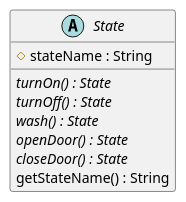
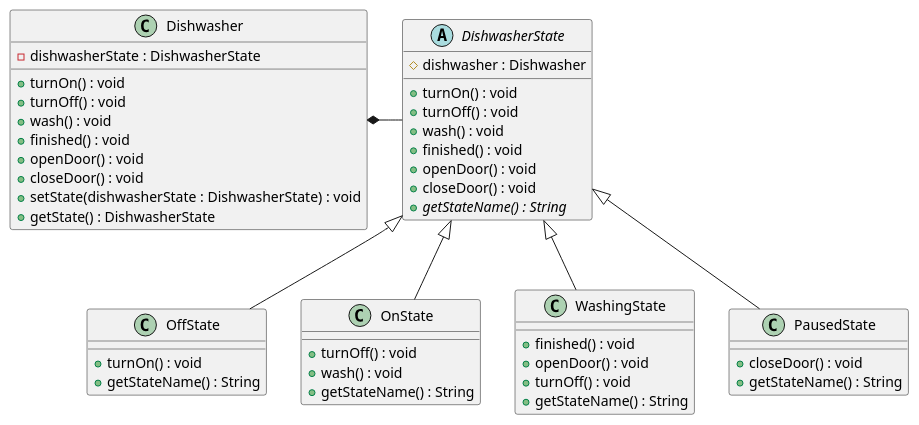
The second of 2 diagrams in doc/plantuml/state.puml (familyboateaf4v/doubleSlashde9), drawn with PlantUML before and after one commit. The commit also changed other lines of this file and 7 other files, not shown here.

Commit message:
Added/updated code skeleton, JUnit test and UML diagrams for State design pattern.

```diff
--- a/doc/plantuml/state.puml
+++ b/doc/plantuml/state.puml
@@ -13,13 +15,53 @@
 @startuml
 
-abstract class State {
-    #stateName : String
-    {abstract} turnOn() : State
-    {abstract} turnOff() : State
-    {abstract} wash() : State
-    {abstract} openDoor() : State
-    {abstract} closeDoor() : State
-    getStateName() : String
+class Dishwasher {
+    -dishwasherState : DishwasherState
+    +turnOn() : void
+    +turnOff() : void
+    +wash() : void
+    +finished() : void
+    +openDoor() : void
+    +closeDoor() : void
+    +setState(dishwasherState : DishwasherState) : void
+    +getState() : DishwasherState
 }
 
+abstract class DishwasherState {
+    #dishwasher : Dishwasher
+    +turnOn() : void
+    +turnOff() : void
+    +wash() : void
+    +finished() : void
+    +openDoor() : void
+    +closeDoor() : void
+    {abstract} +getStateName() : String
+}
+
+class OffState {
+    +turnOn() : void
+    +getStateName() : String
+}
+class OnState {
+    +turnOff() : void
+    +wash() : void
+    +getStateName() : String
+}
+class WashingState {
+    +finished() : void
+    +openDoor() : void
+    +turnOff() : void
+    +getStateName() : String
+}
+class PausedState {
+    +closeDoor() : void
+    +getStateName() : String
+}
+
+Dishwasher *-right- DishwasherState
+
+DishwasherState <|-- OffState
+DishwasherState <|-- OnState
+DishwasherState <|-- WashingState
+DishwasherState <|-- PausedState
+
 @enduml
```
